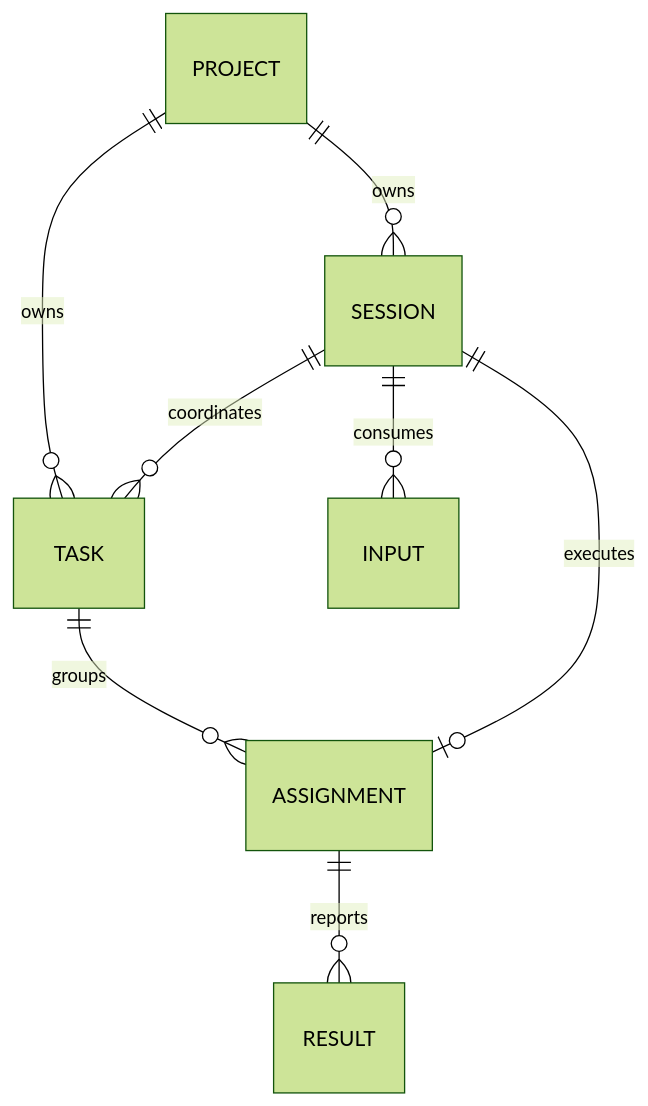
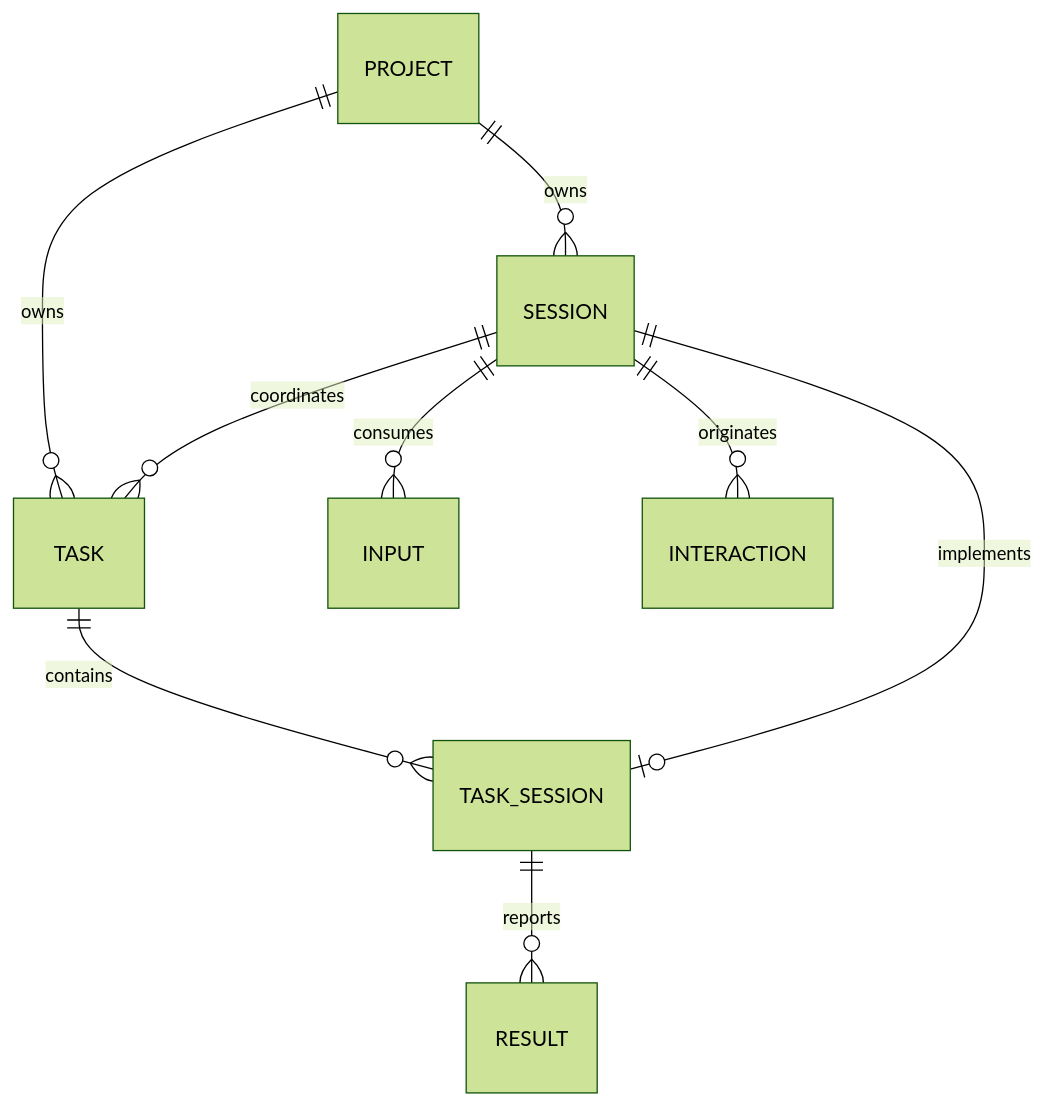
One commit to mojiaicrypto-ops/Kaiming changed the third of 3 diagrams in docs/technicalnew/architecture.md. Above: the diagram before and after it, drawn with Mermaid (forest theme). The commit also changed other lines of this file and 26 other files, not shown here.

````diff
--- a/docs/technicalnew/architecture.md
+++ b/docs/technicalnew/architecture.md
@@ -70,10 +73,11 @@
 ```mermaid
 erDiagram
   PROJECT ||--o{ SESSION : owns
   PROJECT ||--o{ TASK : owns
   SESSION ||--o{ TASK : coordinates
-  TASK ||--o{ ASSIGNMENT : groups
-  SESSION ||--o| ASSIGNMENT : executes
-  ASSIGNMENT ||--o{ RESULT : reports
+  TASK ||--o{ TASK_SESSION : contains
+  SESSION ||--o| TASK_SESSION : implements
+  TASK_SESSION ||--o{ RESULT : reports
   SESSION ||--o{ INPUT : consumes
+  SESSION ||--o{ INTERACTION : originates
 ```
````
